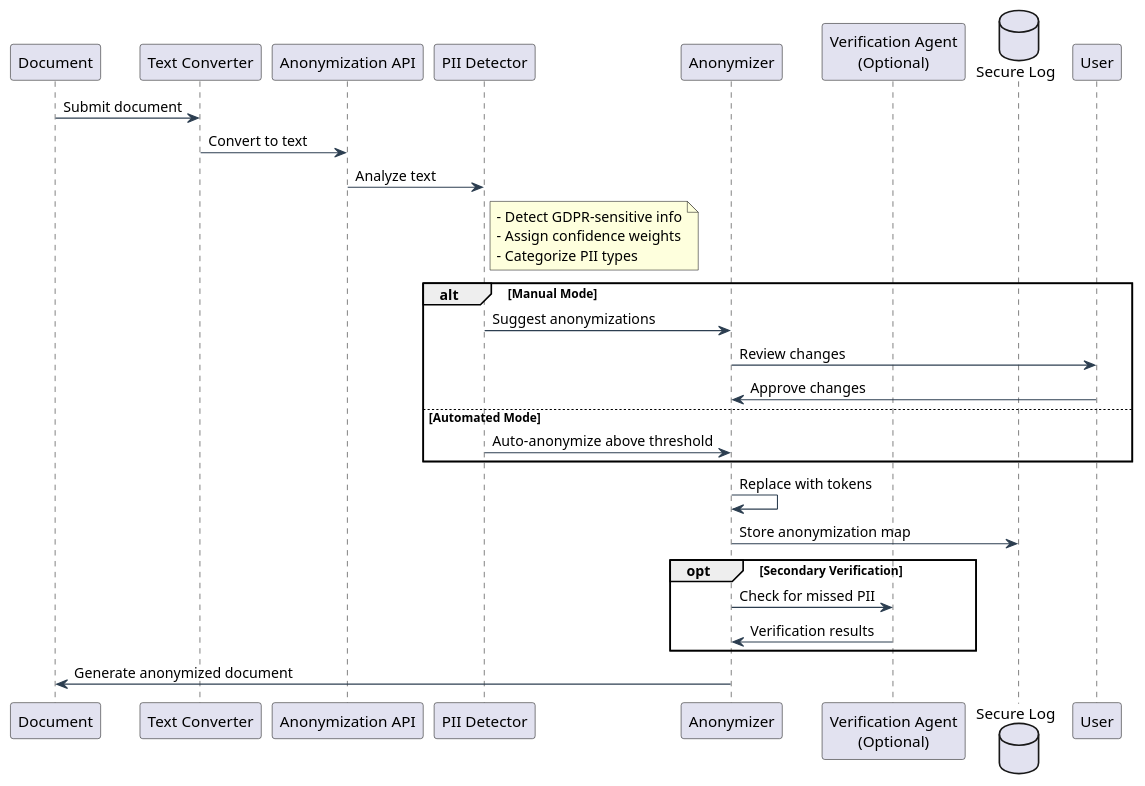
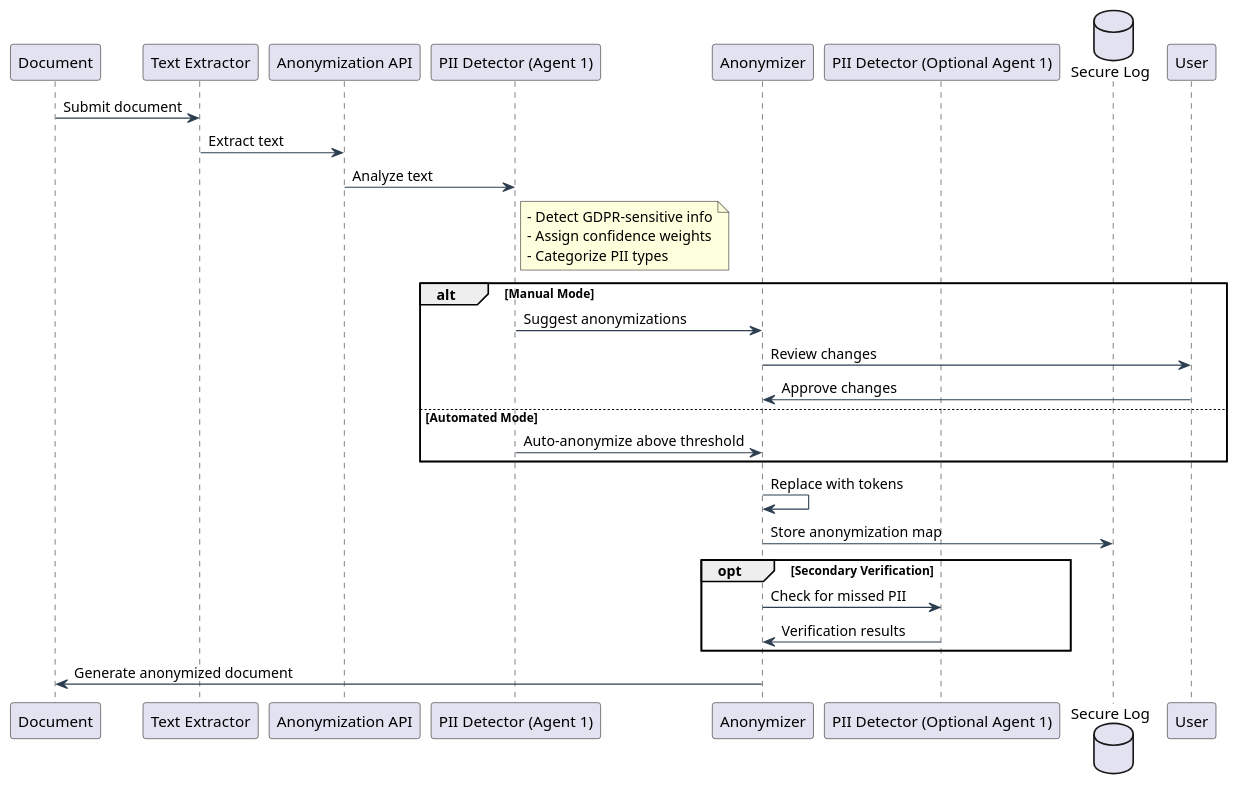
One commit to ConductionNL/docudesk changed the diagram in website/docs/features/diagrams/gdpr-anonymization-flow.puml. Above: the diagram before and after it, drawn with PlantUML.

Commit message:
Small fixes to the anonimisation flow

```diff
--- a/website/docs/features/diagrams/gdpr-anonymization-flow.puml
+++ b/website/docs/features/diagrams/gdpr-anonymization-flow.puml
@@ -1,51 +1,51 @@
 @startuml GDPR Anonymization Flow
 
 skinparam backgroundColor transparent
 skinparam handwritten false
 skinparam defaultFontName Arial
 skinparam ArrowColor #2C3E50
 skinparam BoxPadding 40
 
 ' Define participants
 participant "Document" as doc
-participant "Text Converter" as conv
+participant "Text Extractor" as conv
 participant "Anonymization API" as api
-participant "PII Detector" as detector
+participant "PII Detector (Agent 1)" as detector
 participant "Anonymizer" as anon
-participant "Verification Agent\n(Optional)" as verify
+participant "PII Detector (Optional Agent 1)" as verify
 database "Secure Log" as log
 
 ' Document Processing
 doc -> conv : Submit document
-conv -> api : Convert to text
+conv -> api : Extract text
 
 ' PII Detection
 api -> detector : Analyze text
 note right of detector
   - Detect GDPR-sensitive info
   - Assign confidence weights
   - Categorize PII types
 end note
 
 ' Anonymization
 alt Manual Mode
     detector -> anon : Suggest anonymizations
     anon -> "User" as user : Review changes
     user -> anon : Approve changes
 else Automated Mode
     detector -> anon : Auto-anonymize above threshold
 end
 
 anon -> anon : Replace with tokens
 anon -> log : Store anonymization map
 
 ' Optional Verification
 opt Secondary Verification
     anon -> verify : Check for missed PII
     verify -> anon : Verification results
 end
 
 ' Final Output
 anon -> doc : Generate anonymized document
 
 @enduml 
```
